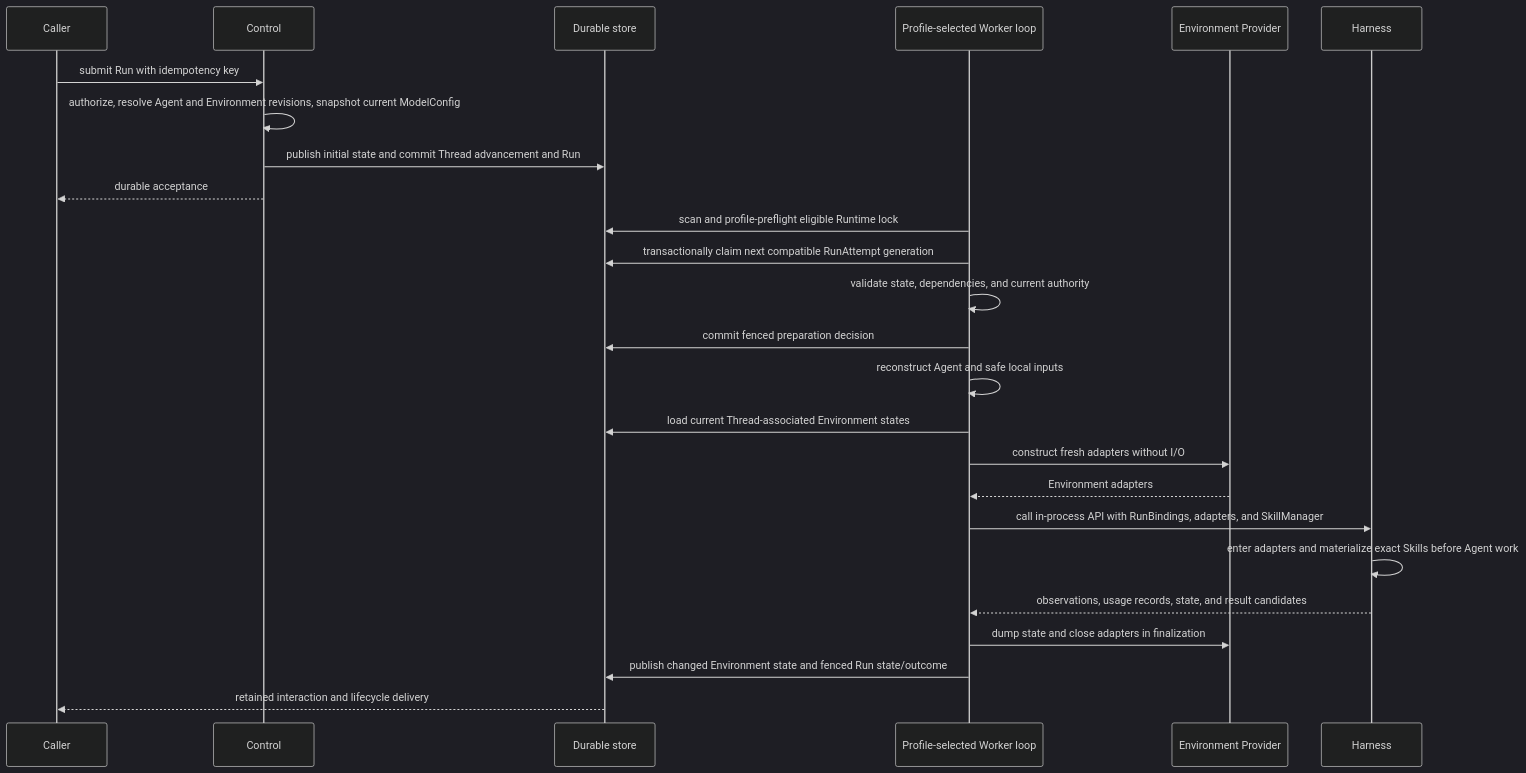
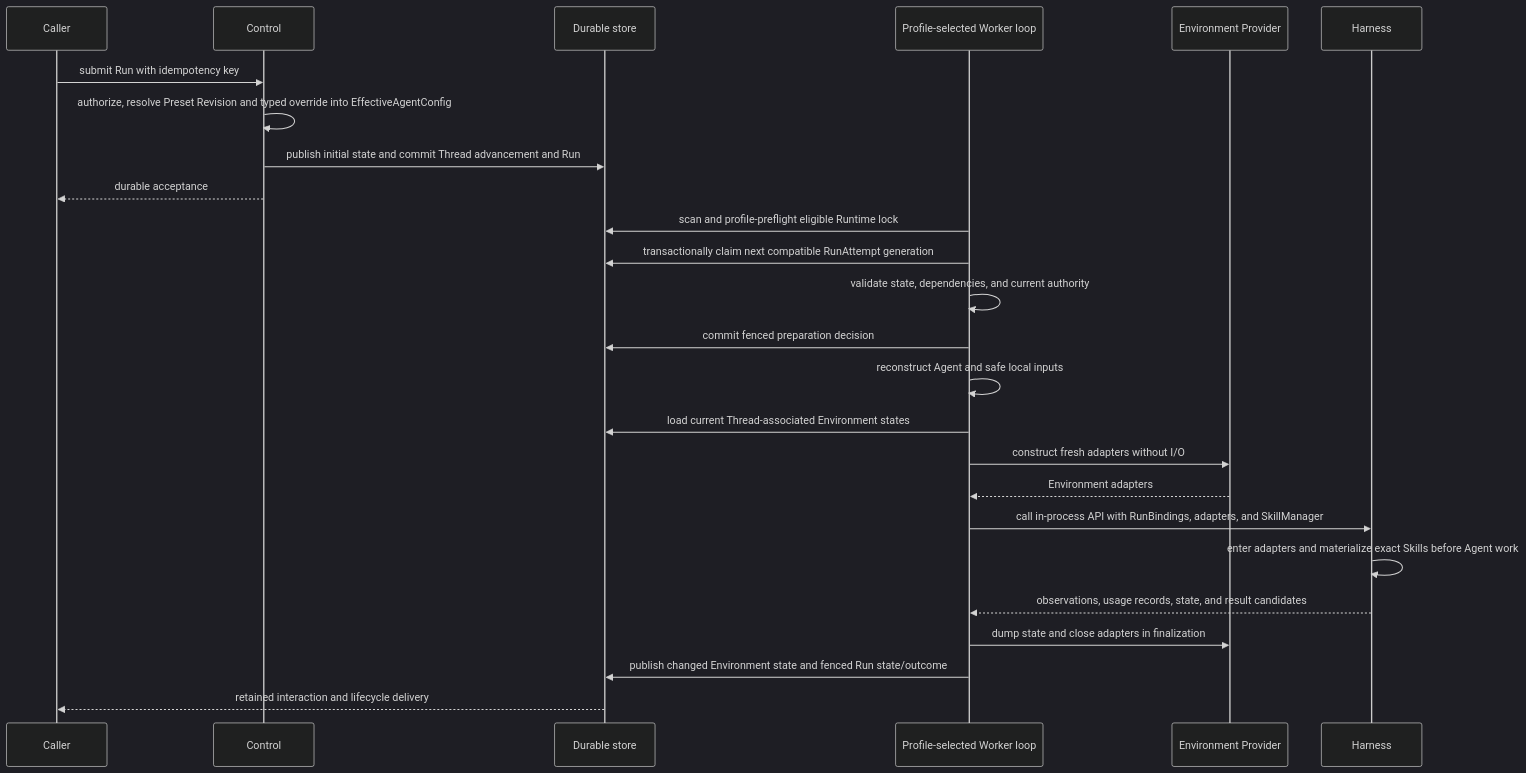
Before and after one commit to LTThreeComma/agent-foundation: the second of 3 diagrams in spec/foundation-service/00-overview.md, drawn with Mermaid (dark theme). The commit also changed other lines of this file and 30 other files, not shown here.

First line of the commit message:
docs(agent-management): define preset revisions and run overrides (#83)

````diff
--- a/spec/foundation-service/00-overview.md
+++ b/spec/foundation-service/00-overview.md
@@ -142,28 +142,28 @@
 ```mermaid
 sequenceDiagram
     participant Caller
     participant Control
     participant DB as Durable store
     participant Worker as Profile-selected Worker loop
     participant Provider as Environment Provider
     participant Harness
 
     Caller->>Control: submit Run with idempotency key
-    Control->>Control: authorize, resolve Agent and Environment revisions, snapshot current ModelConfig
+    Control->>Control: authorize, resolve Preset Revision and typed override into EffectiveAgentConfig
     Control->>DB: publish initial state and commit Thread advancement and Run
     Control-->>Caller: durable acceptance
     Worker->>DB: scan and profile-preflight eligible Runtime lock
     Worker->>DB: transactionally claim next compatible RunAttempt generation
     Worker->>Worker: validate state, dependencies, and current authority
     Worker->>DB: commit fenced preparation decision
     Worker->>Worker: reconstruct Agent and safe local inputs
     Worker->>DB: load current Thread-associated Environment states
     Worker->>Provider: construct fresh adapters without I/O
     Provider-->>Worker: Environment adapters
     Worker->>Harness: call in-process API with RunBindings, adapters, and SkillManager
     Harness->>Harness: enter adapters and materialize exact Skills before Agent work
     Harness-->>Worker: observations, usage records, state, and result candidates
     Worker->>Provider: dump state and close adapters in finalization
     Worker->>DB: publish changed Environment state and fenced Run state/outcome
     DB-->>Caller: retained interaction and lifecycle delivery
 ```
````
